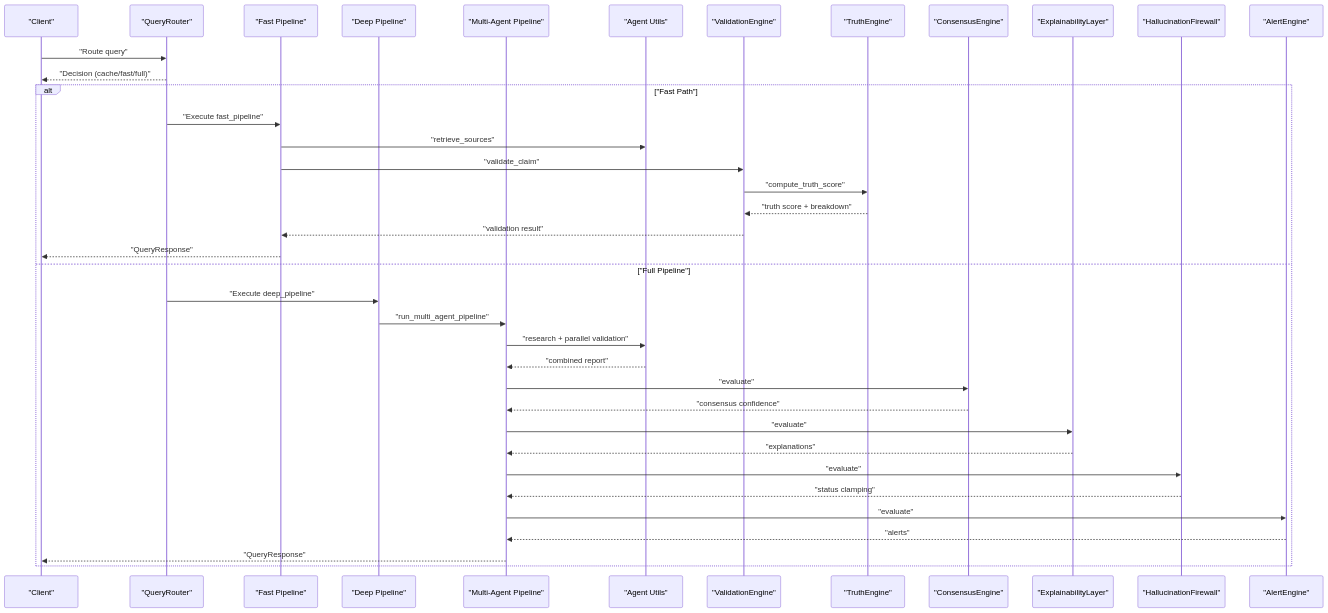
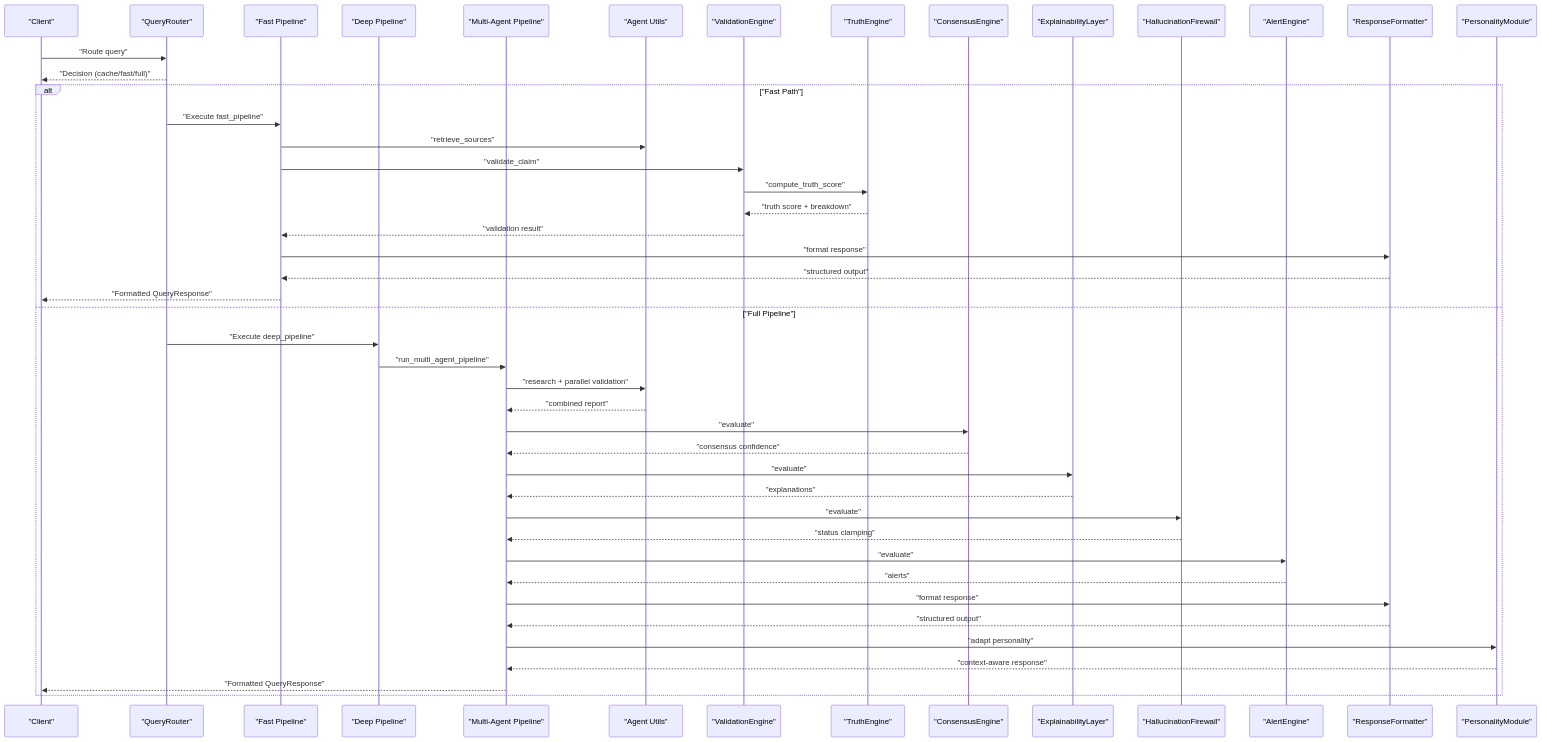
One commit to Anmo07/Friday changed the second of 6 diagrams in .qoder/repowiki/en/content/Core Components/Core Components.md. Above: the diagram before and after it, drawn with Mermaid. The commit also changed other lines of this file and 931 other files, not shown here.

````diff
--- a/.qoder/repowiki/en/content/Core Components/Core Components.md
+++ b/.qoder/repowiki/en/content/Core Components/Core Components.md
@@ -161,40 +186,48 @@
 ```mermaid
 sequenceDiagram
 participant Client as "Client"
 participant Router as "QueryRouter"
 participant Fast as "Fast Pipeline"
 participant Deep as "Deep Pipeline"
 participant Map as "Multi-Agent Pipeline"
 participant Agents as "Agent Utils"
 participant Val as "ValidationEngine"
 participant TE as "TruthEngine"
 participant CE as "ConsensusEngine"
 participant EX as "ExplainabilityLayer"
 participant FW as "HallucinationFirewall"
 participant AL as "AlertEngine"
+participant FR as "ResponseFormatter"
+participant PP as "PersonalityModule"
 Client->>Router : "Route query"
 Router-->>Client : "Decision (cache/fast/full)"
 alt "Fast Path"
 Router->>Fast : "Execute fast_pipeline"
 Fast->>Agents : "retrieve_sources"
 Fast->>Val : "validate_claim"
 Val->>TE : "compute_truth_score"
 TE-->>Val : "truth score + breakdown"
 Val-->>Fast : "validation result"
-Fast-->>Client : "QueryResponse"
+Fast->>FR : "format response"
+FR-->>Fast : "structured output"
+Fast-->>Client : "Formatted QueryResponse"
 else "Full Pipeline"
 Router->>Deep : "Execute deep_pipeline"
 Deep->>Map : "run_multi_agent_pipeline"
 Map->>Agents : "research + parallel validation"
 Agents-->>Map : "combined report"
 Map->>CE : "evaluate"
 CE-->>Map : "consensus confidence"
 Map->>EX : "evaluate"
 EX-->>Map : "explanations"
 Map->>FW : "evaluate"
 FW-->>Map : "status clamping"
 Map->>AL : "evaluate"
 AL-->>Map : "alerts"
-Map-->>Client : "QueryResponse"
+Map->>FR : "format response"
+FR-->>Map : "structured output"
+Map->>PP : "adapt personality"
+PP-->>Map : "context-aware response"
+Map-->>Client : "Formatted QueryResponse"
 end
 ```
````
